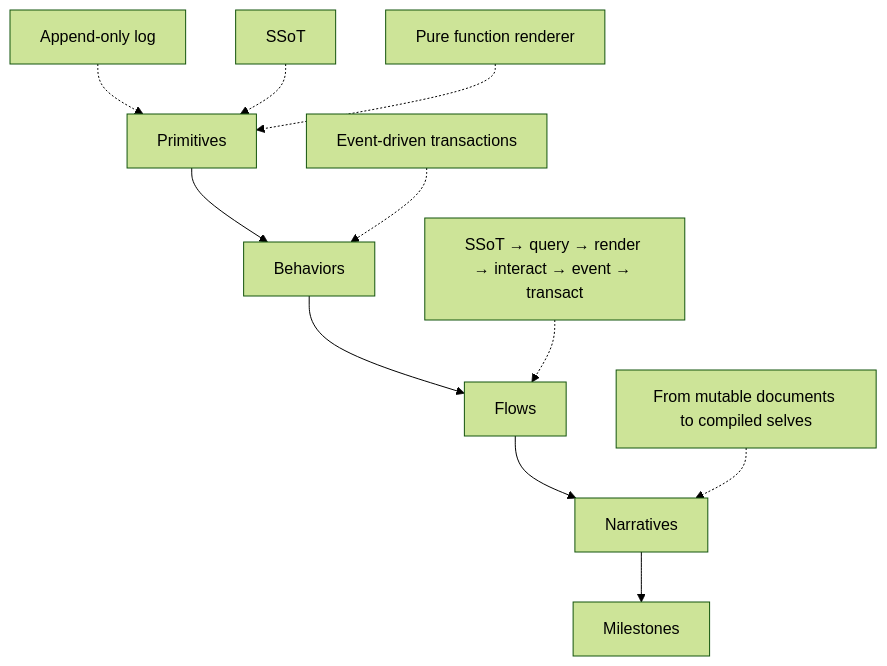
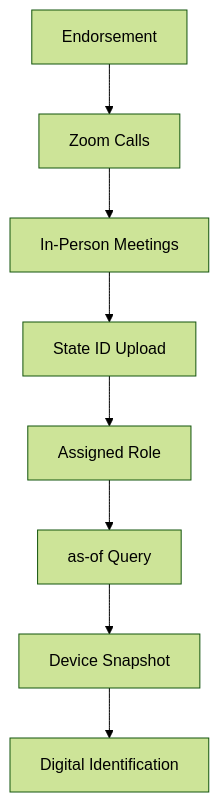
One commit to Synthetic-Identity-Co/conj-talk-2025 changed the third of 7 diagrams in presenter.md. Above: the diagram before and after it, drawn with Mermaid (forest theme). The commit also changed other lines of this file, not shown here.

````diff
--- a/presenter.md
+++ b/presenter.md
@@ -139,17 +120,10 @@
 ```mermaid
-graph TB
-    A[Primitives] --> B[Behaviors]
-    B --> C[Flows]
-    C --> D[Narratives]
-    D --> E[Milestones]
-    
-    A1[Append-only log] -.-> A
-    A2[SSoT] -.-> A
-    A3[Pure function renderer] -.-> A
-    
-    B1[Event-driven transactions] -.-> B
-    
-    C1[SSoT → query → render → interact → event → transact] -.-> C
-    
-    D1[From mutable documents to compiled selves] -.-> D
+graph TD
+    A[Endorsement] --> B[Zoom Calls]
+    B --> C[In-Person Meetings]
+    C --> D[State ID Upload]
+    D --> E[Assigned Role]
+    E --> F[as-of Query]
+    F --> G[Device Snapshot]
+    G --> H[Digital Identification]
 ```
````
